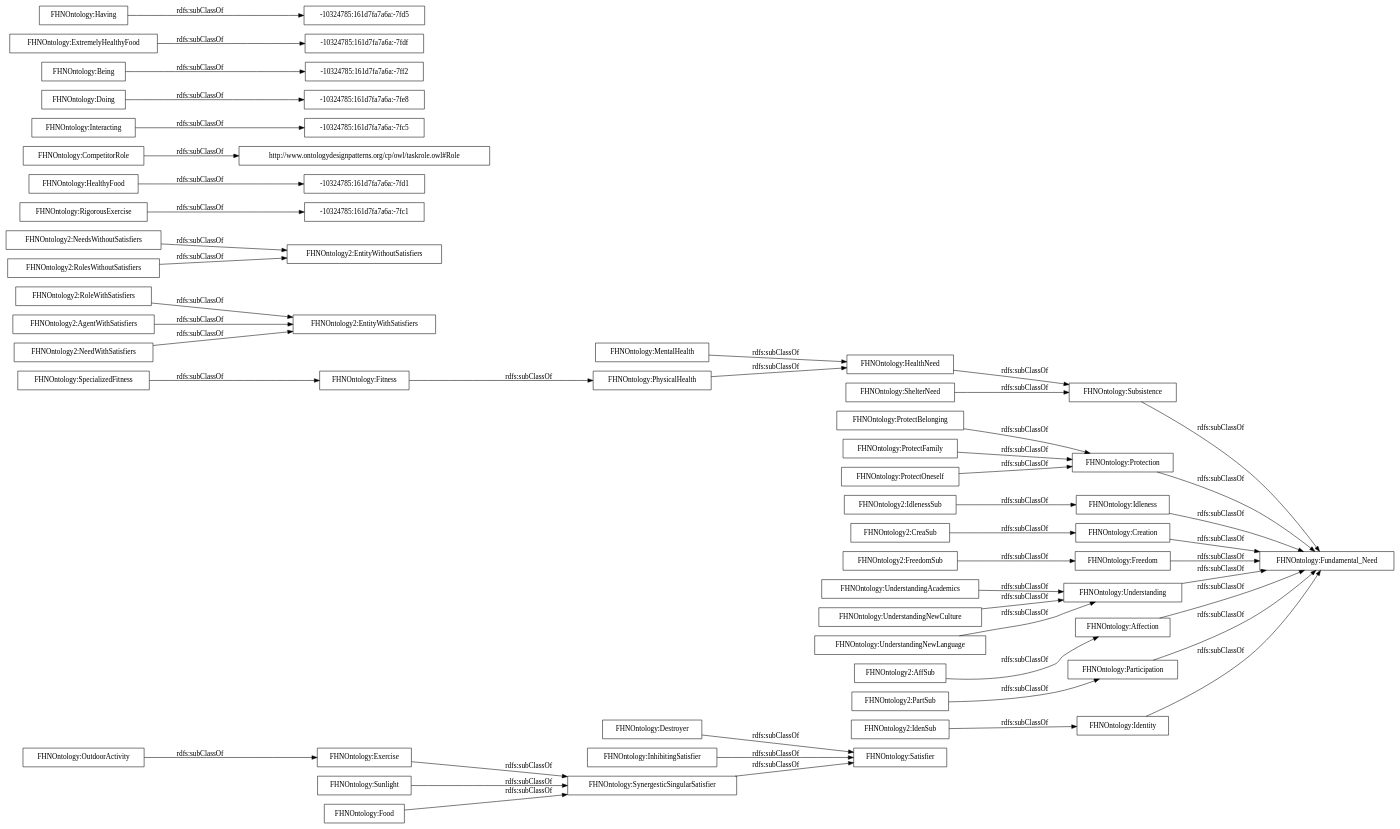
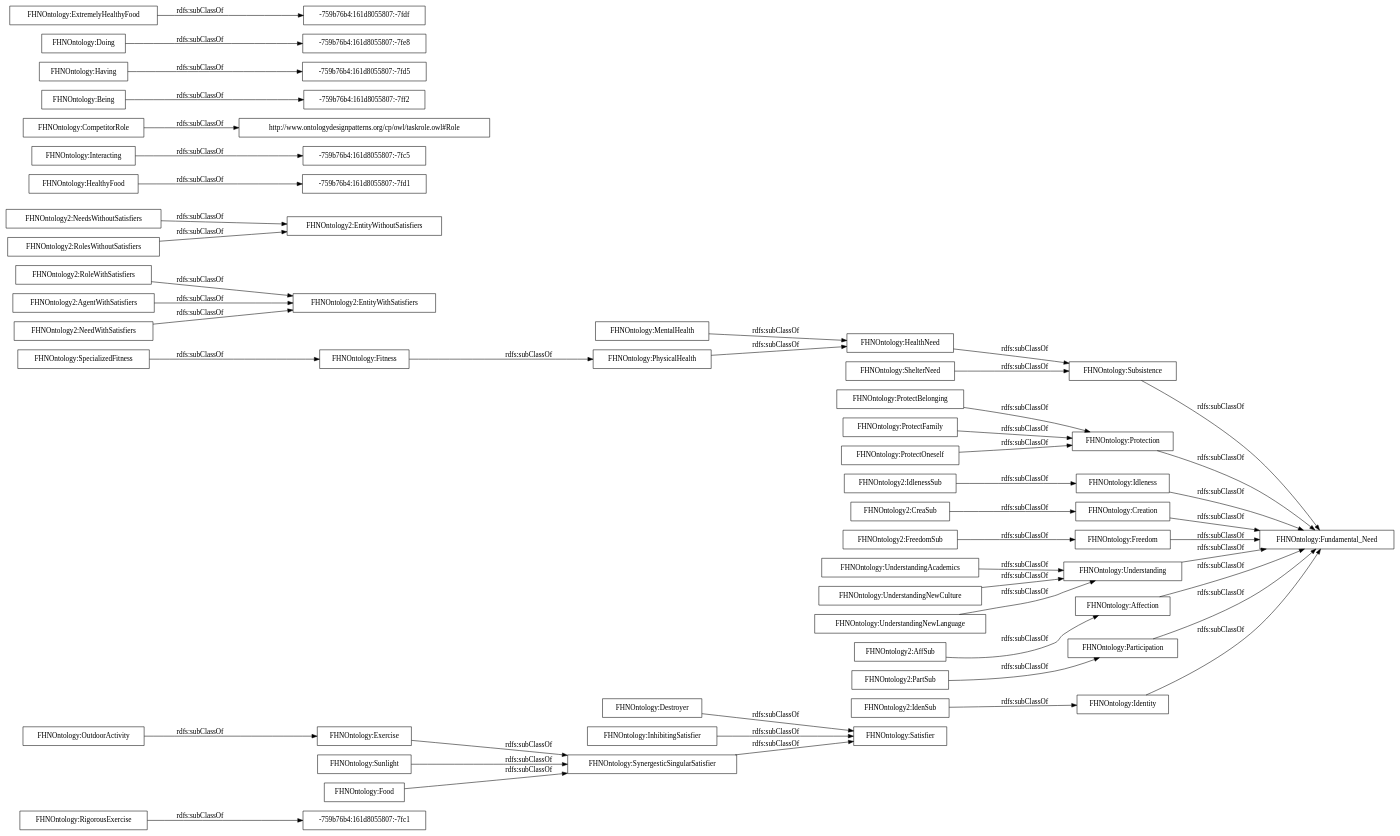
One commit to rana-othman/Huam-Affective-States-and-their-influences-Ontology-HASIO changed the diagram in OnToology/FHNOntology.owl/diagrams/ar2dtool-taxonomy/FHNOntology.owl.png.dot. Above: the diagram before and after it, drawn with Graphviz. The commit also changed 64 other files, not shown here.

```diff
--- a/OnToology/FHNOntology.owl/diagrams/ar2dtool-taxonomy/FHNOntology.owl.png.dot
+++ b/OnToology/FHNOntology.owl/diagrams/ar2dtool-taxonomy/FHNOntology.owl.png.dot
@@ -1,53 +1,53 @@
 digraph ar2dtool_diagram { 
 rankdir=LR;
 size="1000"
-node [shape = rectangle, color="black"]; "FHNOntology:SynergesticSingularSatisfier" "FHNOntology:Identity" "FHNOntology2:EntityWithSatisfiers" "FHNOntology2:FreedomSub" "FHNOntology2:NeedsWithoutSatisfiers" "FHNOntology:Exercise" "FHNOntology:ProtectBelonging" "-10324785:161d7fa7a6a:-7fc1" "FHNOntology:ProtectFamily" "FHNOntology:Destroyer" "FHNOntology2:IdenSub" "FHNOntology:Subsistence" "FHNOntology:OutdoorActivity" "FHNOntology2:RolesWithoutSatisfiers" "FHNOntology2:CreaSub" "FHNOntology:RigorousExercise" "FHNOntology2:PartSub" "FHNOntology2:RoleWithSatisfiers" "FHNOntology:Fitness" "FHNOntology:Protection" "FHNOntology:Fundamental_Need" "FHNOntology:SpecializedFitness" "-10324785:161d7fa7a6a:-7fd1" "FHNOntology2:EntityWithoutSatisfiers" "FHNOntology2:IdlenessSub" "http://www.ontologydesignpatterns.org/cp/owl/taskrole.owl#Role" "FHNOntology:UnderstandingAcademics" "-10324785:161d7fa7a6a:-7fc5" "FHNOntology:InhibitingSatisfier" "-10324785:161d7fa7a6a:-7fe8" "FHNOntology:Idleness" "FHNOntology:Creation" "FHNOntology:Being" "FHNOntology:Freedom" "FHNOntology:UnderstandingNewCulture" "FHNOntology:MentalHealth" "FHNOntology:Understanding" "FHNOntology:HealthyFood" "FHNOntology:Affection" "FHNOntology:Satisfier" "FHNOntology2:AgentWithSatisfiers" "-10324785:161d7fa7a6a:-7fdf" "FHNOntology:UnderstandingNewLanguage" "FHNOntology:HealthNeed" "-10324785:161d7fa7a6a:-7fd5" "FHNOntology2:NeedWithSatisfiers" "FHNOntology:PhysicalHealth" "FHNOntology:Doing" "FHNOntology:Interacting" "FHNOntology2:AffSub" "-10324785:161d7fa7a6a:-7ff2" "FHNOntology:ShelterNeed" "FHNOntology:CompetitorRole" "FHNOntology:Having" "FHNOntology:ProtectOneself" "FHNOntology:Sunlight" "FHNOntology:Food" "FHNOntology:Participation" "FHNOntology:ExtremelyHealthyFood" ; /*classes style*/
-	"FHNOntology:Interacting" -> "-10324785:161d7fa7a6a:-7fc5" [ label = "rdfs:subClassOf" ];
+node [shape = rectangle, color="black"]; "-759b76b4:161d8055807:-7fc1" "FHNOntology:SynergesticSingularSatisfier" "FHNOntology:Identity" "FHNOntology2:EntityWithSatisfiers" "FHNOntology2:FreedomSub" "FHNOntology2:NeedsWithoutSatisfiers" "FHNOntology:Exercise" "FHNOntology:ProtectBelonging" "FHNOntology:ProtectFamily" "FHNOntology:Destroyer" "FHNOntology2:IdenSub" "FHNOntology:Subsistence" "FHNOntology:OutdoorActivity" "FHNOntology2:RolesWithoutSatisfiers" "FHNOntology2:CreaSub" "FHNOntology:RigorousExercise" "-759b76b4:161d8055807:-7fd1" "FHNOntology2:PartSub" "FHNOntology2:RoleWithSatisfiers" "FHNOntology:Fitness" "FHNOntology:Protection" "-759b76b4:161d8055807:-7fc5" "FHNOntology:Fundamental_Need" "FHNOntology:SpecializedFitness" "FHNOntology2:EntityWithoutSatisfiers" "FHNOntology2:IdlenessSub" "http://www.ontologydesignpatterns.org/cp/owl/taskrole.owl#Role" "FHNOntology:UnderstandingAcademics" "FHNOntology:InhibitingSatisfier" "FHNOntology:Idleness" "FHNOntology:Creation" "FHNOntology:Being" "-759b76b4:161d8055807:-7fd5" "-759b76b4:161d8055807:-7fe8" "FHNOntology:Freedom" "FHNOntology:UnderstandingNewCulture" "FHNOntology:MentalHealth" "FHNOntology:Understanding" "-759b76b4:161d8055807:-7fdf" "FHNOntology:HealthyFood" "FHNOntology:Affection" "FHNOntology:Satisfier" "FHNOntology2:AgentWithSatisfiers" "FHNOntology:UnderstandingNewLanguage" "FHNOntology:HealthNeed" "FHNOntology2:NeedWithSatisfiers" "FHNOntology:PhysicalHealth" "FHNOntology:Doing" "FHNOntology:Interacting" "FHNOntology2:AffSub" "FHNOntology:ShelterNeed" "FHNOntology:CompetitorRole" "FHNOntology:Having" "FHNOntology:ProtectOneself" "FHNOntology:Sunlight" "FHNOntology:Food" "FHNOntology:Participation" "-759b76b4:161d8055807:-7ff2" "FHNOntology:ExtremelyHealthyFood" ; /*classes style*/
+	"FHNOntology:Interacting" -> "-759b76b4:161d8055807:-7fc5" [ label = "rdfs:subClassOf" ];
 	"FHNOntology:UnderstandingNewCulture" -> "FHNOntology:Understanding" [ label = "rdfs:subClassOf" ];
 	"FHNOntology:PhysicalHealth" -> "FHNOntology:HealthNeed" [ label = "rdfs:subClassOf" ];
 	"FHNOntology:Creation" -> "FHNOntology:Fundamental_Need" [ label = "rdfs:subClassOf" ];
 	"FHNOntology:Exercise" -> "FHNOntology:SynergesticSingularSatisfier" [ label = "rdfs:subClassOf" ];
 	"FHNOntology:Food" -> "FHNOntology:SynergesticSingularSatisfier" [ label = "rdfs:subClassOf" ];
 	"FHNOntology:Affection" -> "FHNOntology:Fundamental_Need" [ label = "rdfs:subClassOf" ];
 	"FHNOntology:Identity" -> "FHNOntology:Fundamental_Need" [ label = "rdfs:subClassOf" ];
 	"FHNOntology:UnderstandingAcademics" -> "FHNOntology:Understanding" [ label = "rdfs:subClassOf" ];
 	"FHNOntology2:FreedomSub" -> "FHNOntology:Freedom" [ label = "rdfs:subClassOf" ];
 	"FHNOntology2:RolesWithoutSatisfiers" -> "FHNOntology2:EntityWithoutSatisfiers" [ label = "rdfs:subClassOf" ];
 	"FHNOntology:InhibitingSatisfier" -> "FHNOntology:Satisfier" [ label = "rdfs:subClassOf" ];
-	"FHNOntology:Being" -> "-10324785:161d7fa7a6a:-7ff2" [ label = "rdfs:subClassOf" ];
+	"FHNOntology:Being" -> "-759b76b4:161d8055807:-7ff2" [ label = "rdfs:subClassOf" ];
 	"FHNOntology2:NeedWithSatisfiers" -> "FHNOntology2:EntityWithSatisfiers" [ label = "rdfs:subClassOf" ];
 	"FHNOntology:Subsistence" -> "FHNOntology:Fundamental_Need" [ label = "rdfs:subClassOf" ];
 	"FHNOntology:Participation" -> "FHNOntology:Fundamental_Need" [ label = "rdfs:subClassOf" ];
-	"FHNOntology:Doing" -> "-10324785:161d7fa7a6a:-7fe8" [ label = "rdfs:subClassOf" ];
+	"FHNOntology:Doing" -> "-759b76b4:161d8055807:-7fe8" [ label = "rdfs:subClassOf" ];
 	"FHNOntology:SpecializedFitness" -> "FHNOntology:Fitness" [ label = "rdfs:subClassOf" ];
 	"FHNOntology:ShelterNeed" -> "FHNOntology:Subsistence" [ label = "rdfs:subClassOf" ];
 	"FHNOntology:Understanding" -> "FHNOntology:Fundamental_Need" [ label = "rdfs:subClassOf" ];
 	"FHNOntology:Fitness" -> "FHNOntology:PhysicalHealth" [ label = "rdfs:subClassOf" ];
 	"FHNOntology:UnderstandingNewLanguage" -> "FHNOntology:Understanding" [ label = "rdfs:subClassOf" ];
 	"FHNOntology:Destroyer" -> "FHNOntology:Satisfier" [ label = "rdfs:subClassOf" ];
 	"FHNOntology2:RoleWithSatisfiers" -> "FHNOntology2:EntityWithSatisfiers" [ label = "rdfs:subClassOf" ];
 	"FHNOntology:CompetitorRole" -> "http://www.ontologydesignpatterns.org/cp/owl/taskrole.owl#Role" [ label = "rdfs:subClassOf" ];
 	"FHNOntology:ProtectFamily" -> "FHNOntology:Protection" [ label = "rdfs:subClassOf" ];
 	"FHNOntology:MentalHealth" -> "FHNOntology:HealthNeed" [ label = "rdfs:subClassOf" ];
 	"FHNOntology2:AgentWithSatisfiers" -> "FHNOntology2:EntityWithSatisfiers" [ label = "rdfs:subClassOf" ];
 	"FHNOntology2:PartSub" -> "FHNOntology:Participation" [ label = "rdfs:subClassOf" ];
 	"FHNOntology2:NeedsWithoutSatisfiers" -> "FHNOntology2:EntityWithoutSatisfiers" [ label = "rdfs:subClassOf" ];
 	"FHNOntology:Protection" -> "FHNOntology:Fundamental_Need" [ label = "rdfs:subClassOf" ];
 	"FHNOntology2:IdlenessSub" -> "FHNOntology:Idleness" [ label = "rdfs:subClassOf" ];
 	"FHNOntology:ProtectOneself" -> "FHNOntology:Protection" [ label = "rdfs:subClassOf" ];
 	"FHNOntology2:IdenSub" -> "FHNOntology:Identity" [ label = "rdfs:subClassOf" ];
 	"FHNOntology2:AffSub" -> "FHNOntology:Affection" [ label = "rdfs:subClassOf" ];
 	"FHNOntology:SynergesticSingularSatisfier" -> "FHNOntology:Satisfier" [ label = "rdfs:subClassOf" ];
 	"FHNOntology:OutdoorActivity" -> "FHNOntology:Exercise" [ label = "rdfs:subClassOf" ];
 	"FHNOntology:Freedom" -> "FHNOntology:Fundamental_Need" [ label = "rdfs:subClassOf" ];
 	"FHNOntology:HealthNeed" -> "FHNOntology:Subsistence" [ label = "rdfs:subClassOf" ];
 	"FHNOntology2:CreaSub" -> "FHNOntology:Creation" [ label = "rdfs:subClassOf" ];
-	"FHNOntology:RigorousExercise" -> "-10324785:161d7fa7a6a:-7fc1" [ label = "rdfs:subClassOf" ];
-	"FHNOntology:ExtremelyHealthyFood" -> "-10324785:161d7fa7a6a:-7fdf" [ label = "rdfs:subClassOf" ];
-	"FHNOntology:Having" -> "-10324785:161d7fa7a6a:-7fd5" [ label = "rdfs:subClassOf" ];
+	"FHNOntology:RigorousExercise" -> "-759b76b4:161d8055807:-7fc1" [ label = "rdfs:subClassOf" ];
+	"FHNOntology:ExtremelyHealthyFood" -> "-759b76b4:161d8055807:-7fdf" [ label = "rdfs:subClassOf" ];
+	"FHNOntology:Having" -> "-759b76b4:161d8055807:-7fd5" [ label = "rdfs:subClassOf" ];
 	"FHNOntology:Idleness" -> "FHNOntology:Fundamental_Need" [ label = "rdfs:subClassOf" ];
 	"FHNOntology:ProtectBelonging" -> "FHNOntology:Protection" [ label = "rdfs:subClassOf" ];
 	"FHNOntology:Sunlight" -> "FHNOntology:SynergesticSingularSatisfier" [ label = "rdfs:subClassOf" ];
-	"FHNOntology:HealthyFood" -> "-10324785:161d7fa7a6a:-7fd1" [ label = "rdfs:subClassOf" ];
+	"FHNOntology:HealthyFood" -> "-759b76b4:161d8055807:-7fd1" [ label = "rdfs:subClassOf" ];
 
 }
```
